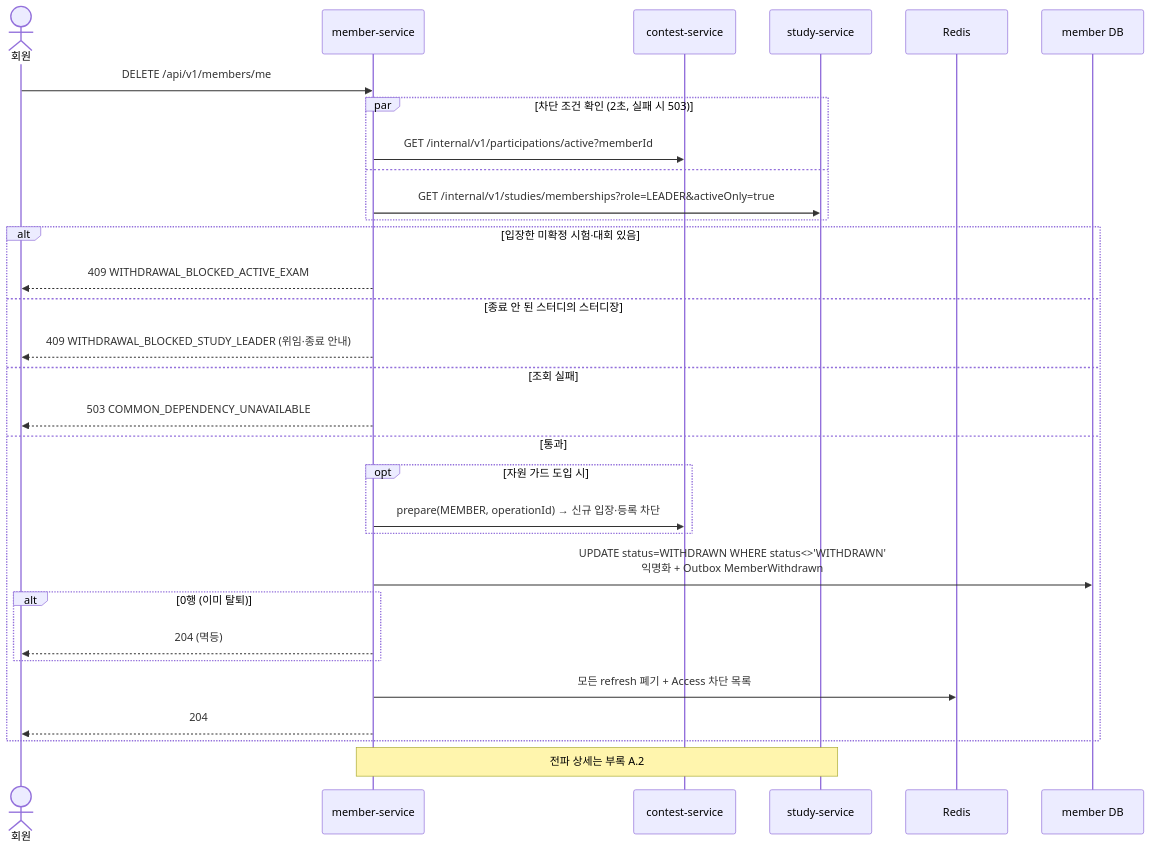
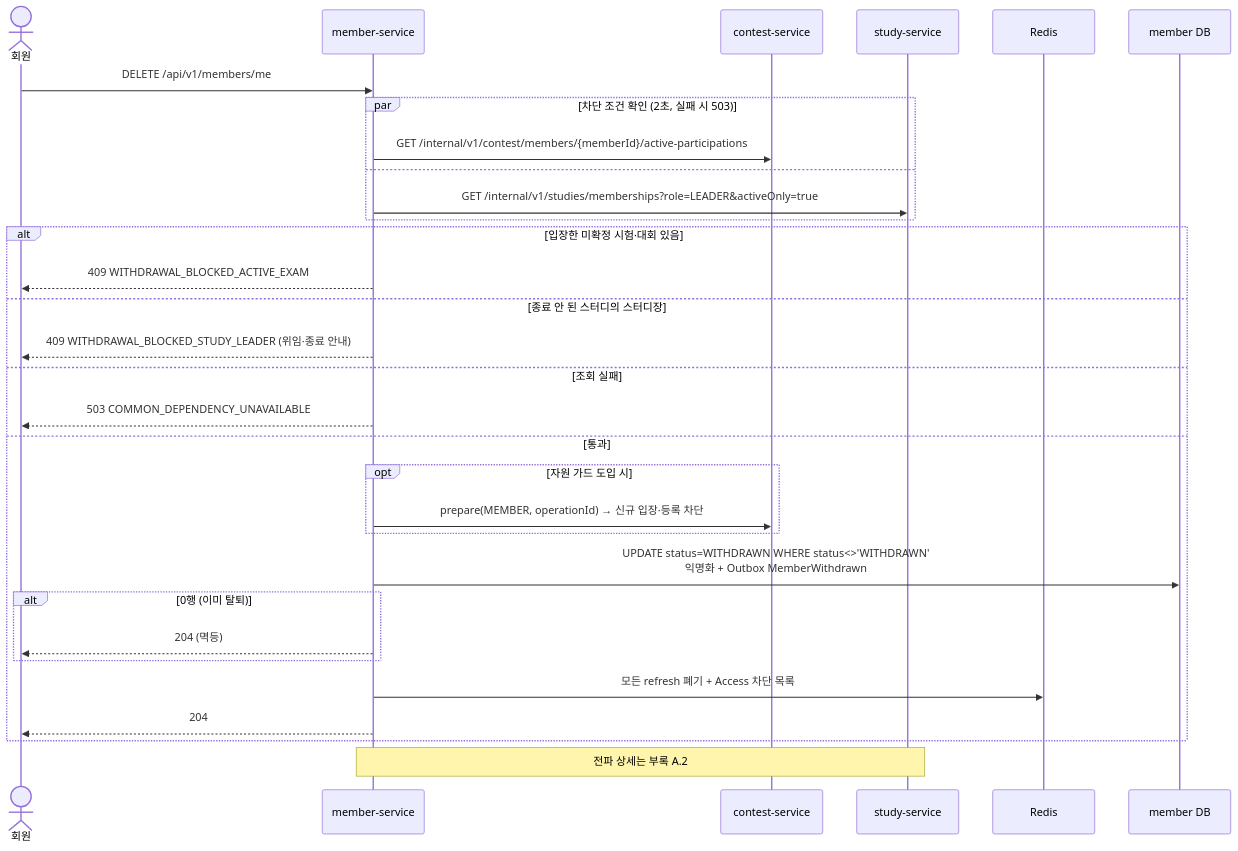
Diagram 12 of 57 in docs/dev/architecture/diagrams.md (Back-To-Back-team-3/re-solve), drawn with Mermaid before and after one commit. The commit also changed other lines of this file and 5 other files, not shown here.

````diff
--- a/docs/dev/architecture/diagrams.md
+++ b/docs/dev/architecture/diagrams.md
@@ -369,33 +369,33 @@
 ```mermaid
 sequenceDiagram
     actor U as 회원
     participant M as member-service
     participant C as contest-service
     participant S as study-service
     participant R as Redis
     participant DB as member DB
     U->>M: DELETE /api/v1/members/me
     par 차단 조건 확인 (2초, 실패 시 503)
-        M->>C: GET /internal/v1/participations/active?memberId
+        M->>C: GET /internal/v1/contest/members/{memberId}/active-participations
     and
         M->>S: GET /internal/v1/studies/memberships?role=LEADER&activeOnly=true
     end
     alt 입장한 미확정 시험·대회 있음
         M-->>U: 409 WITHDRAWAL_BLOCKED_ACTIVE_EXAM
     else 종료 안 된 스터디의 스터디장
         M-->>U: 409 WITHDRAWAL_BLOCKED_STUDY_LEADER (위임·종료 안내)
     else 조회 실패
         M-->>U: 503 COMMON_DEPENDENCY_UNAVAILABLE
     else 통과
         opt 자원 가드 도입 시
             M->>C: prepare(MEMBER, operationId) → 신규 입장·등록 차단
         end
         M->>DB: UPDATE status=WITHDRAWN WHERE status<>'WITHDRAWN'<br/>익명화 + Outbox MemberWithdrawn
         alt 0행 (이미 탈퇴)
             M-->>U: 204 (멱등)
         end
         M->>R: 모든 refresh 폐기 + Access 차단 목록
         M-->>U: 204
     end
     Note over M,S: 전파 상세는 부록 A.2
 ```
````
